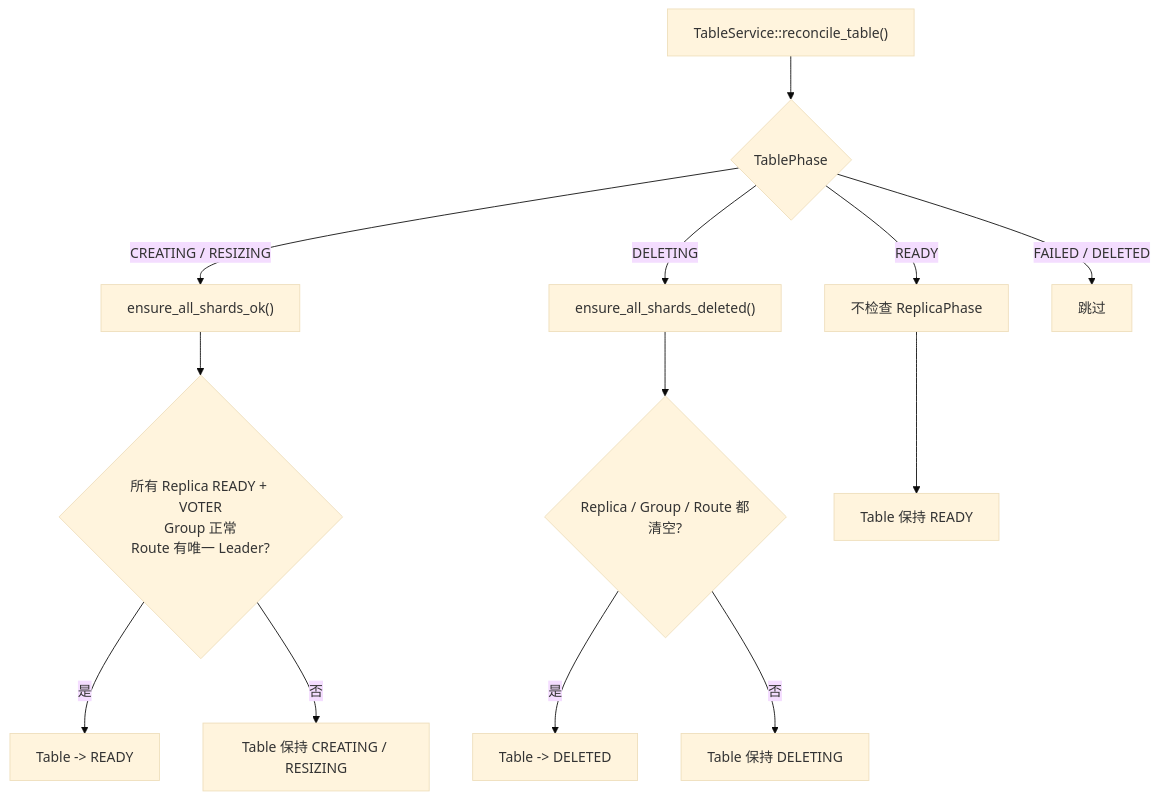
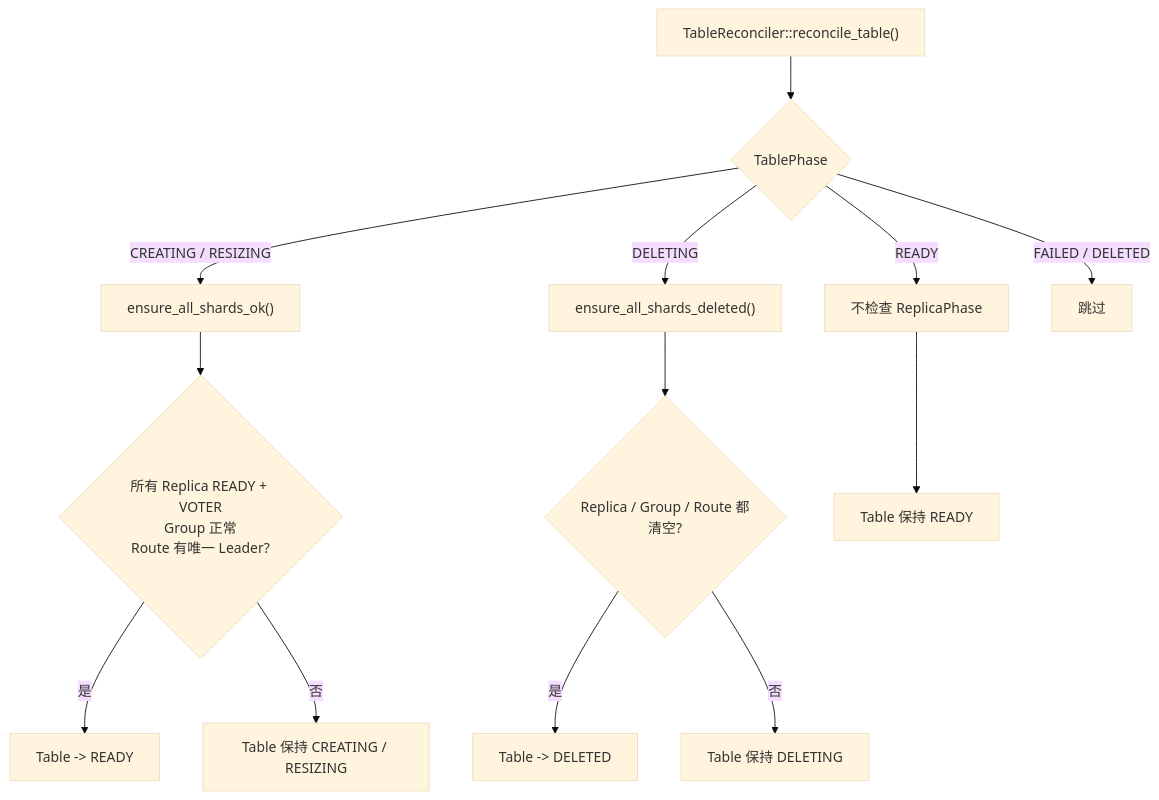
One commit to advisedy/adviskv changed the third of 3 diagrams in docs/约束.md. Above: the diagram before and after it, drawn with Mermaid (base theme). The commit also changed other lines of this file and 8 other files, not shown here.

````diff
--- a/docs/约束.md
+++ b/docs/约束.md
@@ -175,19 +175,19 @@
 ```mermaid
 flowchart TD
-    A["TableService::reconcile_table()"] --> B{"TablePhase"}
+    A["TableReconciler::reconcile_table()"] --> B{"TablePhase"}
 
     B -->|"CREATING / RESIZING"| C["ensure_all_shards_ok()"]
     C --> F{"所有 Replica READY + VOTER\nGroup 正常\nRoute 有唯一 Leader?"}
     F -->|"是"| G["Table -> READY"]
     F -->|"否"| H["Table 保持 CREATING / RESIZING"]
 
     B -->|"DELETING"| I["ensure_all_shards_deleted()"]
     I --> L{"Replica / Group / Route 都清空?"}
     L -->|"是"| M["Table -> DELETED"]
     L -->|"否"| N["Table 保持 DELETING"]
 
     B -->|"READY"| O["不检查 ReplicaPhase"]
     O --> P["Table 保持 READY"]
 
     B -->|"FAILED / DELETED"| Q["跳过"]
 ```
````
